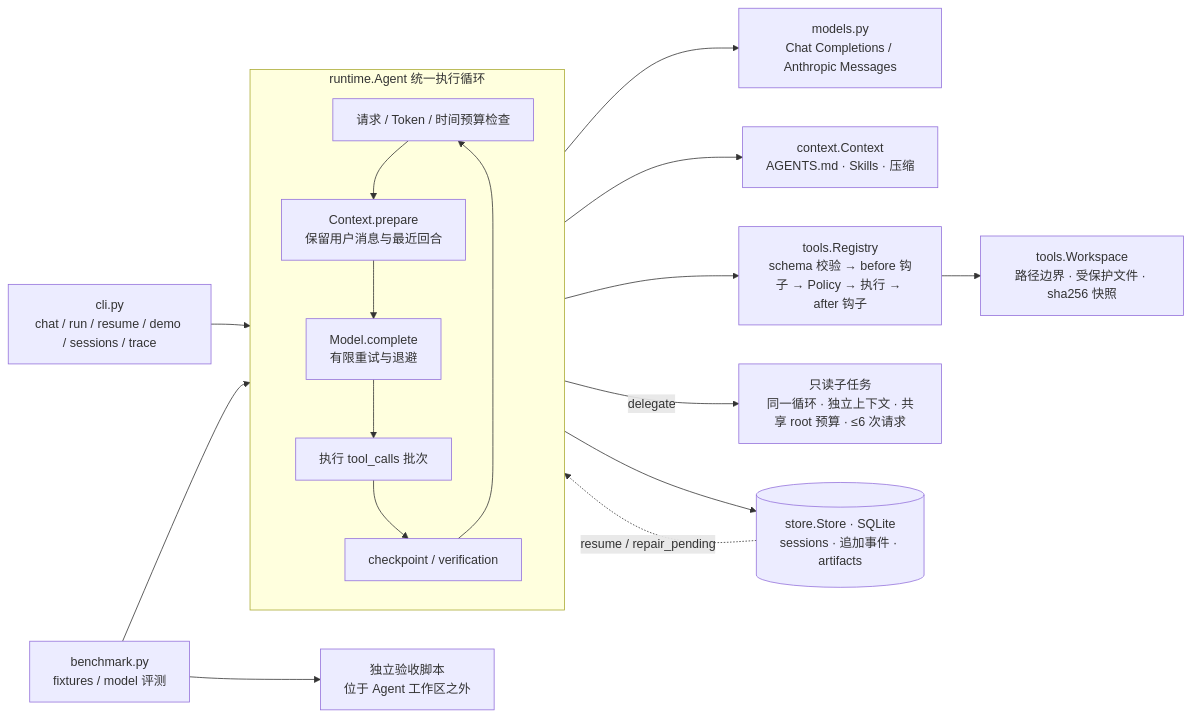
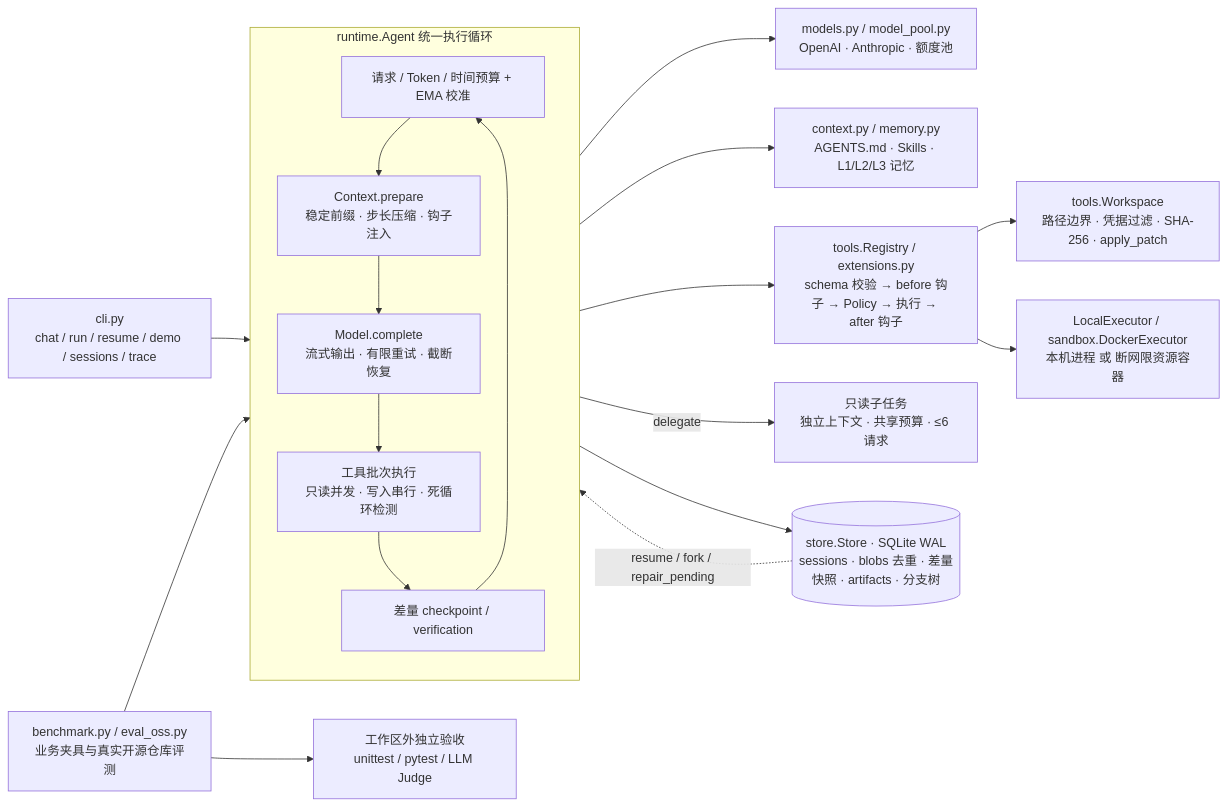
The diagram in README.md (twi66li/CodeHarness), drawn with Mermaid before and after one commit. The commit also changed other lines of this file and 1 other file, not shown here.

````diff
--- a/README.md
+++ b/README.md
@@ -11,23 +21,24 @@
 ```mermaid
 flowchart LR
     CLI["cli.py<br/>chat / run / resume / demo / sessions / trace"] --> Agent
-    Bench["benchmark.py<br/>fixtures / model 评测"] --> Agent
-    Bench --> Accept["独立验收脚本<br/>位于 Agent 工作区之外"]
+    Bench["benchmark.py / eval_oss.py<br/>业务夹具与真实开源仓库评测"] --> Agent
+    Bench --> Accept["工作区外独立验收<br/>unittest / pytest / LLM Judge"]
 
     subgraph Agent["runtime.Agent 统一执行循环"]
         direction TB
-        Budget["请求 / Token / 时间预算检查"] --> Prepare["Context.prepare<br/>保留用户消息与最近回合"]
-        Prepare --> Call["Model.complete<br/>有限重试与退避"]
-        Call --> Batch["执行 tool_calls 批次"]
-        Batch --> Check["checkpoint / verification"]
+        Budget["请求 / Token / 时间预算 + EMA 校准"] --> Prepare["Context.prepare<br/>稳定前缀 · 步长压缩 · 钩子注入"]
+        Prepare --> Call["Model.complete<br/>流式输出 · 有限重试 · 截断恢复"]
+        Call --> Batch["工具批次执行<br/>只读并发 · 写入串行 · 死循环检测"]
+        Batch --> Check["差量 checkpoint / verification"]
         Check --> Budget
     end
 
-    Call --> Model["models.py<br/>Chat Completions / Anthropic Messages"]
-    Prepare --> Ctx["context.Context<br/>AGENTS.md · Skills · 压缩"]
-    Batch --> Reg["tools.Registry<br/>schema 校验 → before 钩子 → Policy → 执行 → after 钩子"]
-    Reg --> WS["tools.Workspace<br/>路径边界 · 受保护文件 · sha256 快照"]
-    Batch -- delegate --> Child["只读子任务<br/>同一循环 · 独立上下文 · 共享 root 预算 · ≤6 次请求"]
-    Agent --> Store[("store.Store · SQLite<br/>sessions · 追加事件 · artifacts")]
-    Store -. resume / repair_pending .-> Agent
+    Call --> Model["models.py / model_pool.py<br/>OpenAI · Anthropic · 额度池"]
+    Prepare --> Ctx["context.py / memory.py<br/>AGENTS.md · Skills · L1/L2/L3 记忆"]
+    Batch --> Reg["tools.Registry / extensions.py<br/>schema 校验 → before 钩子 → Policy → 执行 → after 钩子"]
+    Reg --> WS["tools.Workspace<br/>路径边界 · 凭据过滤 · SHA-256 · apply_patch"]
+    Reg --> Exec["LocalExecutor / sandbox.DockerExecutor<br/>本机进程 或 断网限资源容器"]
+    Batch -- delegate --> Child["只读子任务<br/>独立上下文 · 共享预算 · ≤6 请求"]
+    Agent --> Store[("store.Store · SQLite WAL<br/>sessions · blobs 去重 · 差量快照 · artifacts · 分支树")]
+    Store -. resume / fork / repair_pending .-> Agent
 ```
````
